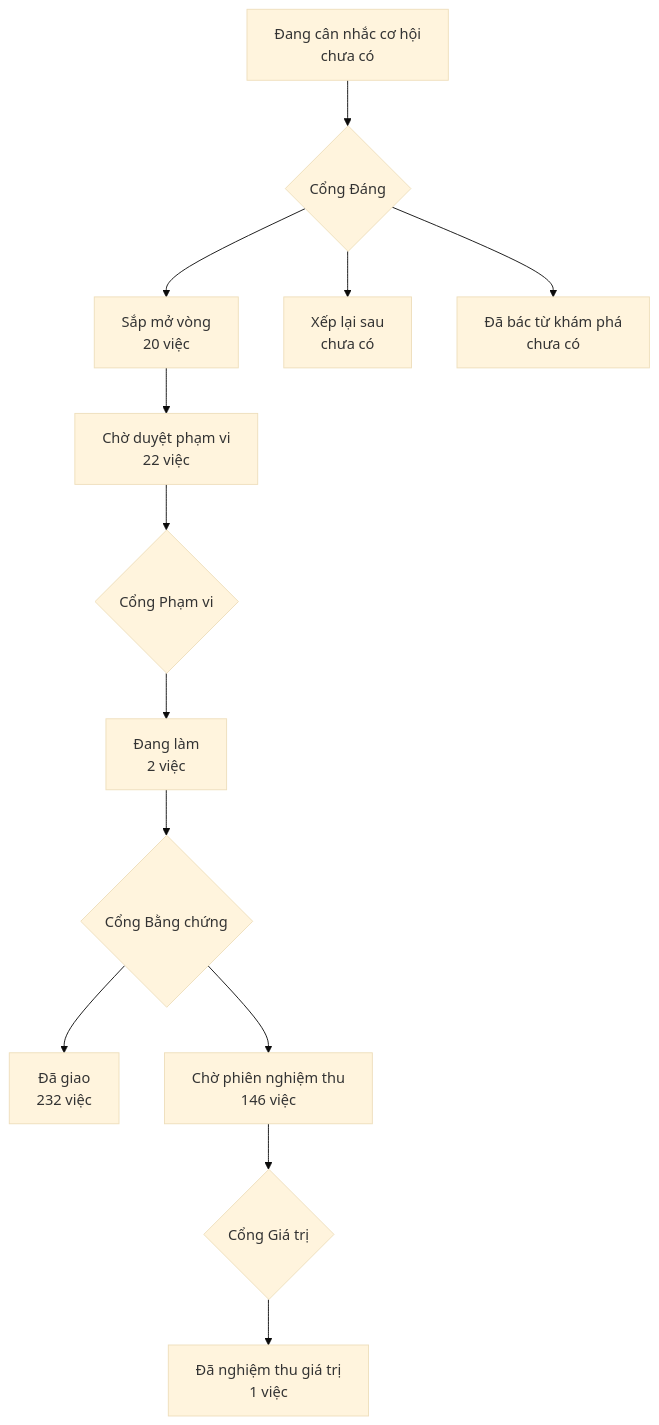
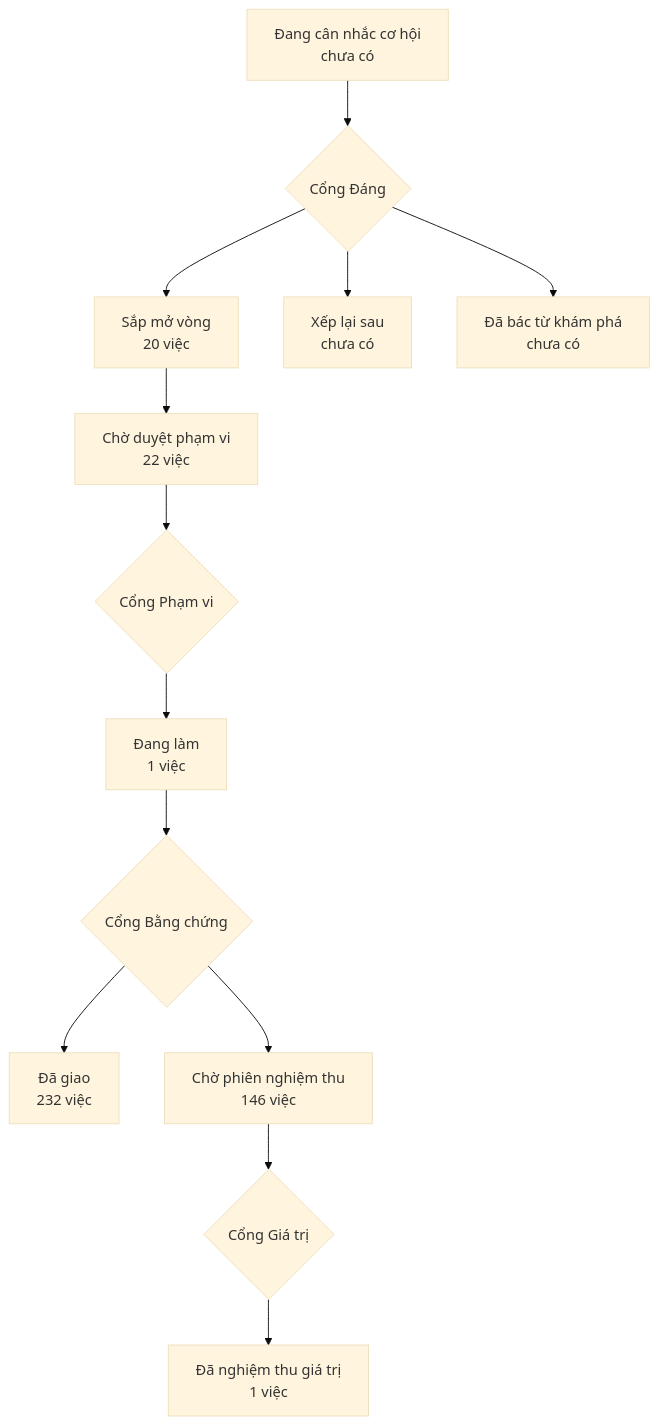
One commit to phanlemanh/onehub-invest changed the diagram in PRODUCT-MAP.md. Above: the diagram before and after it, drawn with Mermaid (base theme). The commit also changed other lines of this file and 19 other files, not shown here.

````diff
--- a/PRODUCT-MAP.md
+++ b/PRODUCT-MAP.md
@@ -7,12 +7,12 @@
 ```mermaid
 flowchart TD
   A["Đang cân nhắc cơ hội<br/>chưa có"] --> GD{"Cổng Đáng"}
   GD --> B["Sắp mở vòng<br/>20 việc"]
   GD --> XL["Xếp lại sau<br/>chưa có"]
   GD --> DB["Đã bác từ khám phá<br/>chưa có"]
   B --> CD["Chờ duyệt phạm vi<br/>22 việc"] --> GP{"Cổng Phạm vi"}
-  GP --> DL["Đang làm<br/>2 việc"] --> GB{"Cổng Bằng chứng"}
+  GP --> DL["Đang làm<br/>1 việc"] --> GB{"Cổng Bằng chứng"}
   GB --> DG["Đã giao<br/>232 việc"]
   GB --> CN["Chờ phiên nghiệm thu<br/>146 việc"] --> GG{"Cổng Giá trị"}
   GG --> NT["Đã nghiệm thu giá trị<br/>1 việc"]
 ```
````
